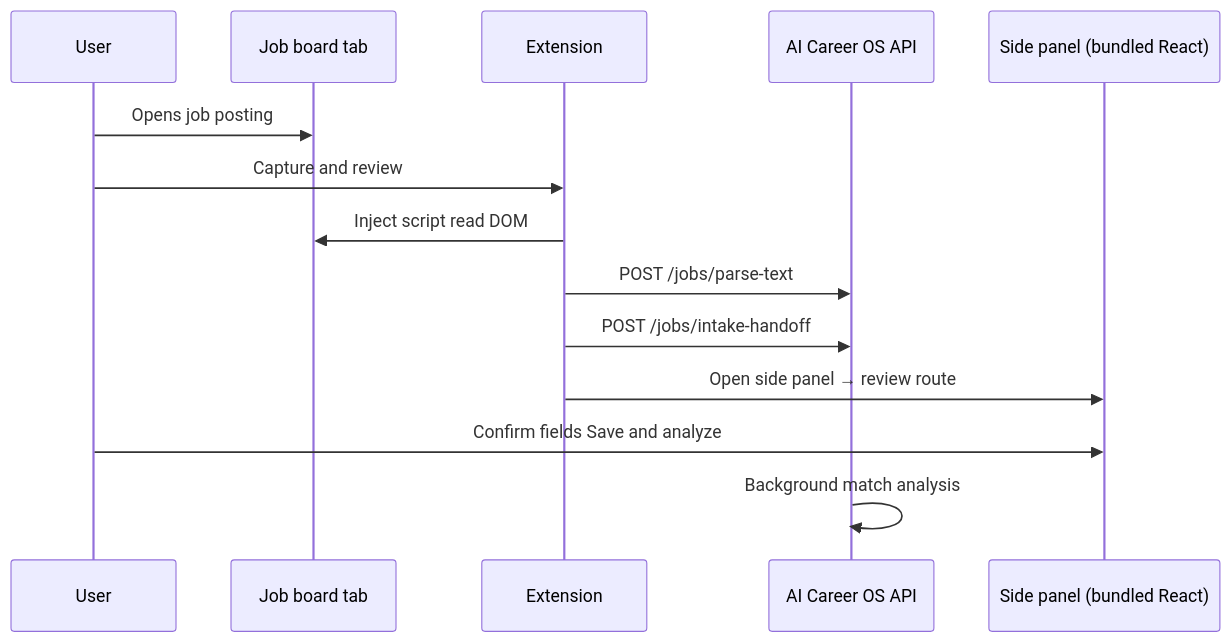
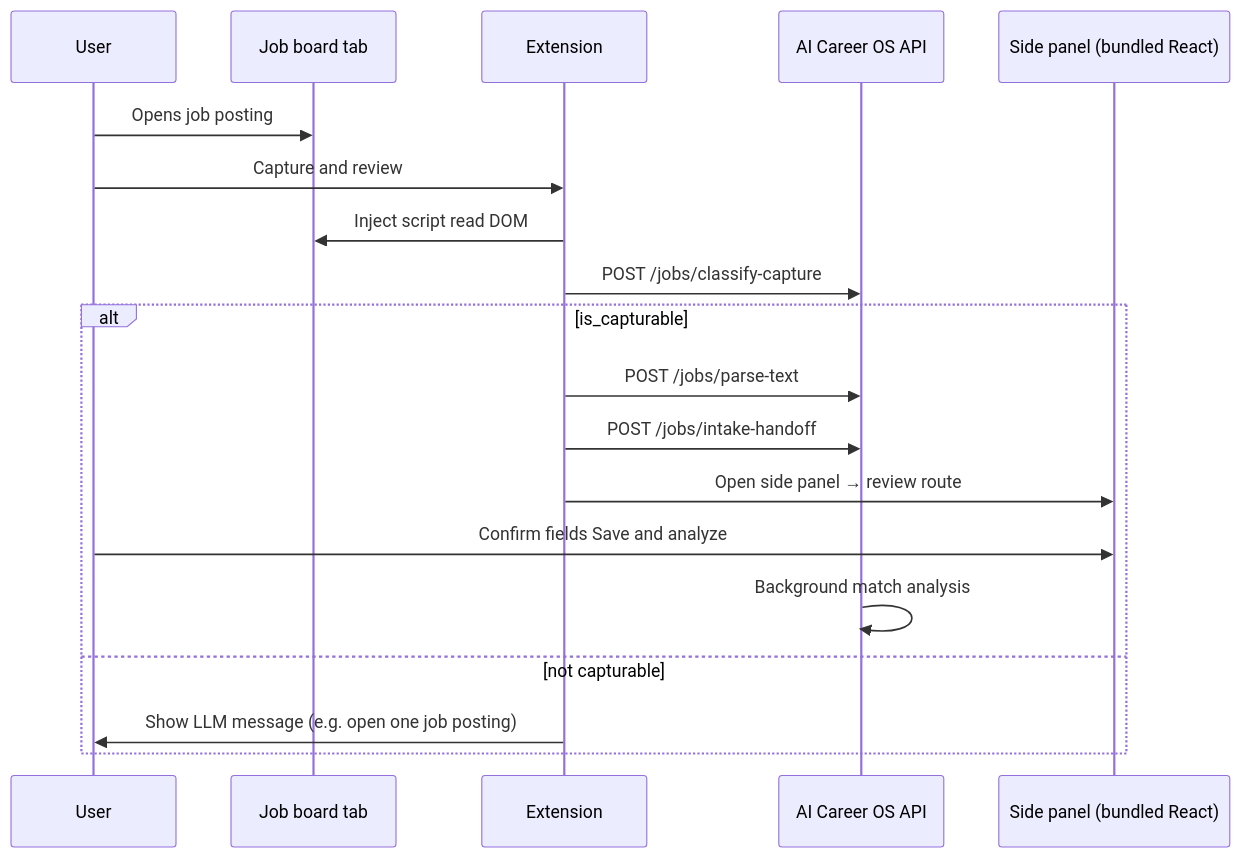
The second of 2 diagrams in README.md (semirturgay/ai-career-os), drawn with Mermaid before and after one commit. The commit also changed other lines of this file and 30 other files, not shown here.

First line of the commit message:
feat: source-agnostic job capture with LLM classification

````diff
--- a/README.md
+++ b/README.md
@@ -215,17 +216,22 @@
 ```mermaid
 sequenceDiagram
     participant User
     participant Tab as Job board tab
     participant Ext as Extension
     participant API as AI Career OS API
     participant App as Side panel (bundled React)
 
     User->>Tab: Opens job posting
     User->>Ext: Capture and review
     Ext->>Tab: Inject script read DOM
-    Ext->>API: POST /jobs/parse-text
-    Ext->>API: POST /jobs/intake-handoff
-    Ext->>App: Open side panel → review route
-    User->>App: Confirm fields Save and analyze
-    API->>API: Background match analysis
+    Ext->>API: POST /jobs/classify-capture
+    alt is_capturable
+        Ext->>API: POST /jobs/parse-text
+        Ext->>API: POST /jobs/intake-handoff
+        Ext->>App: Open side panel → review route
+        User->>App: Confirm fields Save and analyze
+        API->>API: Background match analysis
+    else not capturable
+        Ext->>User: Show LLM message (e.g. open one job posting)
+    end
 ```
````
